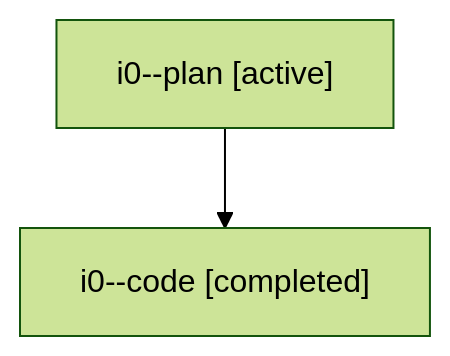
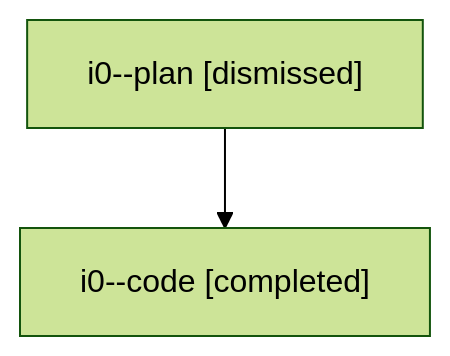
The diagram in sessions/bbugyi200.athena.i0.md (sase-org/sase--agents), drawn with Mermaid (forest theme) before and after one commit. The commit also changed other lines of this file and 34 other files, not shown here.

````diff
--- a/sessions/bbugyi200.athena.i0.md
+++ b/sessions/bbugyi200.athena.i0.md
@@ -9,6 +9,6 @@
 ```mermaid
 flowchart TD
-  n0["i0--plan [active]"]
+  n0["i0--plan [dismissed]"]
   n1["i0--code [completed]"]
   n0 --> n1
 ```
````
